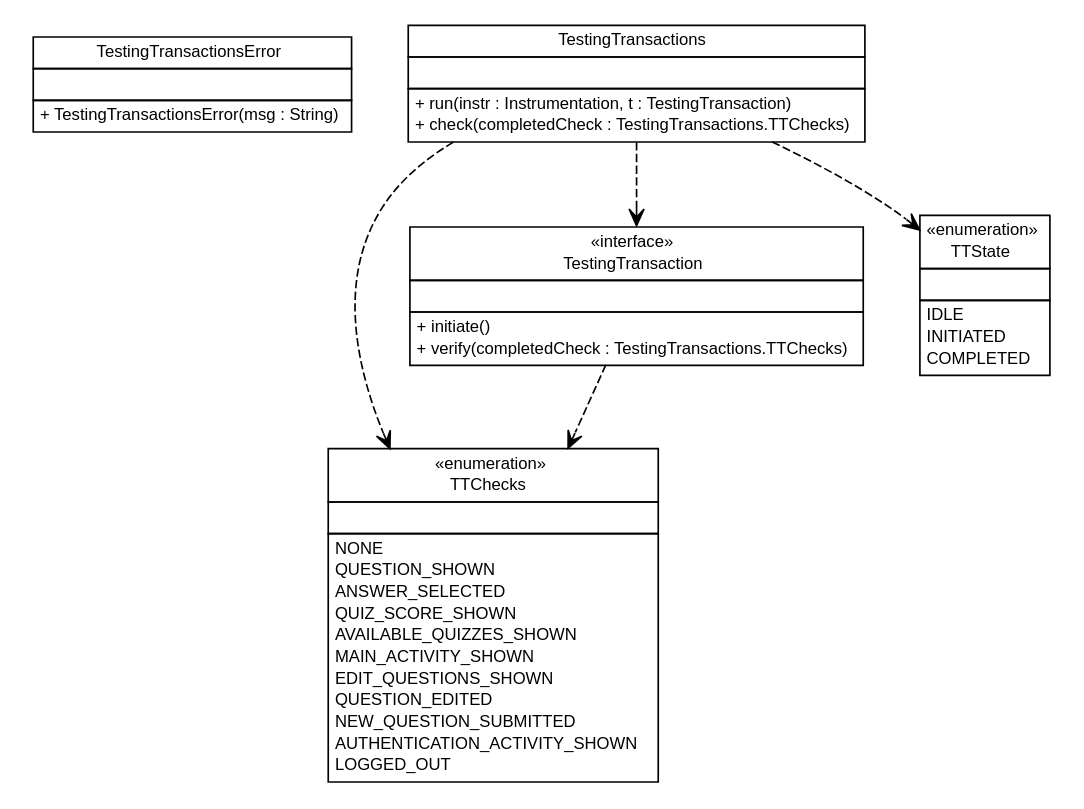
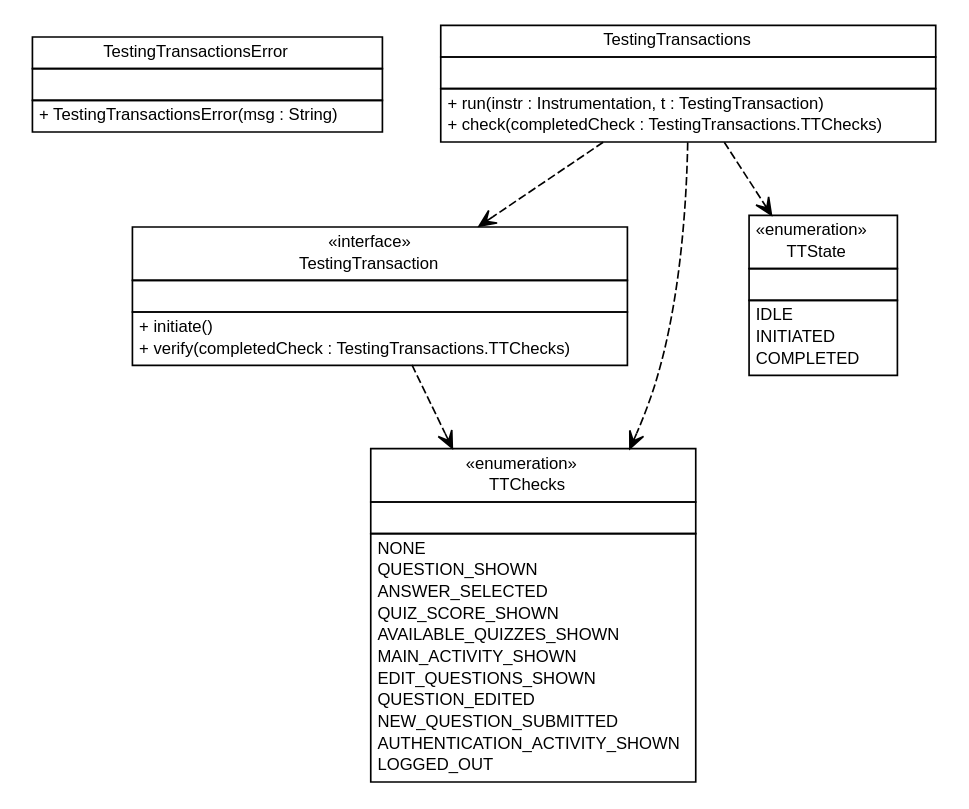
One commit to SidneyBovet/sweng-2013-quizapp changed the diagram in SwEng2013QuizApp/reports/epfl/sweng/testing/epfl.sweng.testing.dot. Above: the diagram before and after it, drawn with Graphviz. The commit also changed 146 other files, not shown here.

Commit message:
ant reports rerun to create the .png for UML

```diff
--- a/SwEng2013QuizApp/reports/epfl/sweng/testing/epfl.sweng.testing.dot
+++ b/SwEng2013QuizApp/reports/epfl/sweng/testing/epfl.sweng.testing.dot
@@ -1,97 +1,97 @@
 #!/usr/local/bin/dot
 #
 # Class diagram 
 # Generated by UMLGraph version R5_6_6-1-g9240c4 (http://www.umlgraph.org/)
 #
 
 digraph G {
-	edge [fontname="arial",fontsize=10,labelfontname="arial",labelfontsize=10];
-	node [fontname="arial",fontsize=10,shape=plaintext];
+	edge [fontname="Helvetica",fontsize=10,labelfontname="Helvetica",labelfontsize=10];
+	node [fontname="Helvetica",fontsize=10,shape=plaintext];
 	nodesep=0.25;
 	ranksep=0.5;
 	// epfl.sweng.testing.TestingTransactionsError
-	c101 [label=<<table title="epfl.sweng.testing.TestingTransactionsError" border="0" cellborder="1" cellspacing="0" cellpadding="2" port="p" href="./TestingTransactionsError.html">
+	c131 [label=<<table title="epfl.sweng.testing.TestingTransactionsError" border="0" cellborder="1" cellspacing="0" cellpadding="2" port="p" href="./TestingTransactionsError.html">
 		<tr><td><table border="0" cellspacing="0" cellpadding="1">
 <tr><td align="center" balign="center"> TestingTransactionsError </td></tr>
 		</table></td></tr>
 		<tr><td><table border="0" cellspacing="0" cellpadding="1">
 <tr><td align="left" balign="left">  </td></tr>
 		</table></td></tr>
 		<tr><td><table border="0" cellspacing="0" cellpadding="1">
 <tr><td align="left" balign="left"> + TestingTransactionsError(msg : String) </td></tr>
 		</table></td></tr>
-		</table>>, URL="./TestingTransactionsError.html", fontname="arial", fontcolor="black", fontsize=10.0];
+		</table>>, URL="./TestingTransactionsError.html", fontname="Helvetica", fontcolor="black", fontsize=10.0];
+	// epfl.sweng.testing.TestingTransaction
+	c132 [label=<<table title="epfl.sweng.testing.TestingTransaction" border="0" cellborder="1" cellspacing="0" cellpadding="2" port="p" href="./TestingTransaction.html">
+		<tr><td><table border="0" cellspacing="0" cellpadding="1">
+<tr><td align="center" balign="center"> &#171;interface&#187; </td></tr>
+<tr><td align="center" balign="center"> TestingTransaction </td></tr>
+		</table></td></tr>
+		<tr><td><table border="0" cellspacing="0" cellpadding="1">
+<tr><td align="left" balign="left">  </td></tr>
+		</table></td></tr>
+		<tr><td><table border="0" cellspacing="0" cellpadding="1">
+<tr><td align="left" balign="left"> + initiate() </td></tr>
+<tr><td align="left" balign="left"> + verify(completedCheck : TestingTransactions.TTChecks) </td></tr>
+		</table></td></tr>
+		</table>>, URL="./TestingTransaction.html", fontname="Helvetica", fontcolor="black", fontsize=10.0];
 	// epfl.sweng.testing.TestingTransactions
-	c102 [label=<<table title="epfl.sweng.testing.TestingTransactions" border="0" cellborder="1" cellspacing="0" cellpadding="2" port="p" href="./TestingTransactions.html">
+	c133 [label=<<table title="epfl.sweng.testing.TestingTransactions" border="0" cellborder="1" cellspacing="0" cellpadding="2" port="p" href="./TestingTransactions.html">
 		<tr><td><table border="0" cellspacing="0" cellpadding="1">
 <tr><td align="center" balign="center"> TestingTransactions </td></tr>
 		</table></td></tr>
 		<tr><td><table border="0" cellspacing="0" cellpadding="1">
 <tr><td align="left" balign="left">  </td></tr>
 		</table></td></tr>
 		<tr><td><table border="0" cellspacing="0" cellpadding="1">
 <tr><td align="left" balign="left"> + run(instr : Instrumentation, t : TestingTransaction) </td></tr>
 <tr><td align="left" balign="left"> + check(completedCheck : TestingTransactions.TTChecks) </td></tr>
 		</table></td></tr>
-		</table>>, URL="./TestingTransactions.html", fontname="arial", fontcolor="black", fontsize=10.0];
+		</table>>, URL="./TestingTransactions.html", fontname="Helvetica", fontcolor="black", fontsize=10.0];
 	// epfl.sweng.testing.TestingTransactions.TTChecks
-	c103 [label=<<table title="epfl.sweng.testing.TestingTransactions.TTChecks" border="0" cellborder="1" cellspacing="0" cellpadding="2" port="p" href="./TestingTransactions.TTChecks.html">
+	c134 [label=<<table title="epfl.sweng.testing.TestingTransactions.TTChecks" border="0" cellborder="1" cellspacing="0" cellpadding="2" port="p" href="./TestingTransactions.TTChecks.html">
 		<tr><td><table border="0" cellspacing="0" cellpadding="1">
 <tr><td align="center" balign="center"> &#171;enumeration&#187; </td></tr>
 <tr><td align="center" balign="center"> TTChecks </td></tr>
 		</table></td></tr>
 		<tr><td><table border="0" cellspacing="0" cellpadding="1">
 <tr><td align="left" balign="left">  </td></tr>
 		</table></td></tr>
 		<tr><td><table border="0" cellspacing="0" cellpadding="1">
 <tr><td align="left" balign="left"> NONE </td></tr>
 <tr><td align="left" balign="left"> QUESTION_SHOWN </td></tr>
 <tr><td align="left" balign="left"> ANSWER_SELECTED </td></tr>
 <tr><td align="left" balign="left"> QUIZ_SCORE_SHOWN </td></tr>
 <tr><td align="left" balign="left"> AVAILABLE_QUIZZES_SHOWN </td></tr>
 <tr><td align="left" balign="left"> MAIN_ACTIVITY_SHOWN </td></tr>
 <tr><td align="left" balign="left"> EDIT_QUESTIONS_SHOWN </td></tr>
 <tr><td align="left" balign="left"> QUESTION_EDITED </td></tr>
 <tr><td align="left" balign="left"> NEW_QUESTION_SUBMITTED </td></tr>
 <tr><td align="left" balign="left"> AUTHENTICATION_ACTIVITY_SHOWN </td></tr>
 <tr><td align="left" balign="left"> LOGGED_OUT </td></tr>
 		</table></td></tr>
-		</table>>, URL="./TestingTransactions.TTChecks.html", fontname="arial", fontcolor="black", fontsize=10.0];
-	// epfl.sweng.testing.TestingTransaction
-	c104 [label=<<table title="epfl.sweng.testing.TestingTransaction" border="0" cellborder="1" cellspacing="0" cellpadding="2" port="p" href="./TestingTransaction.html">
-		<tr><td><table border="0" cellspacing="0" cellpadding="1">
-<tr><td align="center" balign="center"> &#171;interface&#187; </td></tr>
-<tr><td align="center" balign="center"> TestingTransaction </td></tr>
-		</table></td></tr>
-		<tr><td><table border="0" cellspacing="0" cellpadding="1">
-<tr><td align="left" balign="left">  </td></tr>
-		</table></td></tr>
-		<tr><td><table border="0" cellspacing="0" cellpadding="1">
-<tr><td align="left" balign="left"> + initiate() </td></tr>
-<tr><td align="left" balign="left"> + verify(completedCheck : TestingTransactions.TTChecks) </td></tr>
-		</table></td></tr>
-		</table>>, URL="./TestingTransaction.html", fontname="arial", fontcolor="black", fontsize=10.0];
+		</table>>, URL="./TestingTransactions.TTChecks.html", fontname="Helvetica", fontcolor="black", fontsize=10.0];
+	// epfl.sweng.testing.TestingTransaction DEPEND epfl.sweng.testing.TestingTransactions.TTChecks
+	c132:p -> c134:p [taillabel="", label="", headlabel="", fontname="Helvetica", fontcolor="black", fontsize=10.0, color="black", arrowhead=open, style=dashed];
+	// epfl.sweng.testing.TestingTransactions DEPEND epfl.sweng.testing.TestingTransaction
+	c133:p -> c132:p [taillabel="", label="", headlabel="", fontname="Helvetica", fontcolor="black", fontsize=10.0, color="black", arrowhead=open, style=dashed];
+	// epfl.sweng.testing.TestingTransactions DEPEND epfl.sweng.testing.TestingTransactions.TTState
+	c133:p -> c145:p [taillabel="", label="", headlabel="", fontname="Helvetica", fontcolor="black", fontsize=10.0, color="black", arrowhead=open, style=dashed];
 	// epfl.sweng.testing.TestingTransactions DEPEND epfl.sweng.testing.TestingTransactions.TTChecks
-	c102:p -> c103:p [taillabel="", label="", headlabel="", fontname="arial", fontcolor="black", fontsize=10.0, color="black", arrowhead=open, style=dashed];
-	// epfl.sweng.testing.TestingTransactions DEPEND epfl.sweng.testing.TestingTransaction
-	c102:p -> c104:p [taillabel="", label="", headlabel="", fontname="arial", fontcolor="black", fontsize=10.0, color="black", arrowhead=open, style=dashed];
-	// epfl.sweng.testing.TestingTransactions DEPEND epfl.sweng.testing.TestingTransactions.TTState
-	c102:p -> c115:p [taillabel="", label="", headlabel="", fontname="arial", fontcolor="black", fontsize=10.0, color="black", arrowhead=open, style=dashed];
-	// epfl.sweng.testing.TestingTransaction DEPEND epfl.sweng.testing.TestingTransactions.TTChecks
-	c104:p -> c103:p [taillabel="", label="", headlabel="", fontname="arial", fontcolor="black", fontsize=10.0, color="black", arrowhead=open, style=dashed];
+	c133:p -> c134:p [taillabel="", label="", headlabel="", fontname="Helvetica", fontcolor="black", fontsize=10.0, color="black", arrowhead=open, style=dashed];
 	// epfl.sweng.testing.TestingTransactions.TTState
-	c115 [label=<<table title="epfl.sweng.testing.TestingTransactions.TTState" border="0" cellborder="1" cellspacing="0" cellpadding="2" port="p" href="http://java.sun.com/j2se/1.4.2/docs/api/epfl/sweng/testing/TestingTransactions/TTState.html">
+	c145 [label=<<table title="epfl.sweng.testing.TestingTransactions.TTState" border="0" cellborder="1" cellspacing="0" cellpadding="2" port="p" href="http://java.sun.com/j2se/1.4.2/docs/api/epfl/sweng/testing/TestingTransactions/TTState.html">
 		<tr><td><table border="0" cellspacing="0" cellpadding="1">
 <tr><td align="center" balign="center"> &#171;enumeration&#187; </td></tr>
 <tr><td align="center" balign="center"> TTState </td></tr>
 		</table></td></tr>
 		<tr><td><table border="0" cellspacing="0" cellpadding="1">
 <tr><td align="left" balign="left">  </td></tr>
 		</table></td></tr>
 		<tr><td><table border="0" cellspacing="0" cellpadding="1">
 <tr><td align="left" balign="left"> IDLE </td></tr>
 <tr><td align="left" balign="left"> INITIATED </td></tr>
 <tr><td align="left" balign="left"> COMPLETED </td></tr>
 		</table></td></tr>
-		</table>>, URL="http://java.sun.com/j2se/1.4.2/docs/api/epfl/sweng/testing/TestingTransactions/TTState.html", fontname="arial", fontcolor="black", fontsize=10.0];
+		</table>>, URL="http://java.sun.com/j2se/1.4.2/docs/api/epfl/sweng/testing/TestingTransactions/TTState.html", fontname="Helvetica", fontcolor="black", fontsize=10.0];
 }
```
